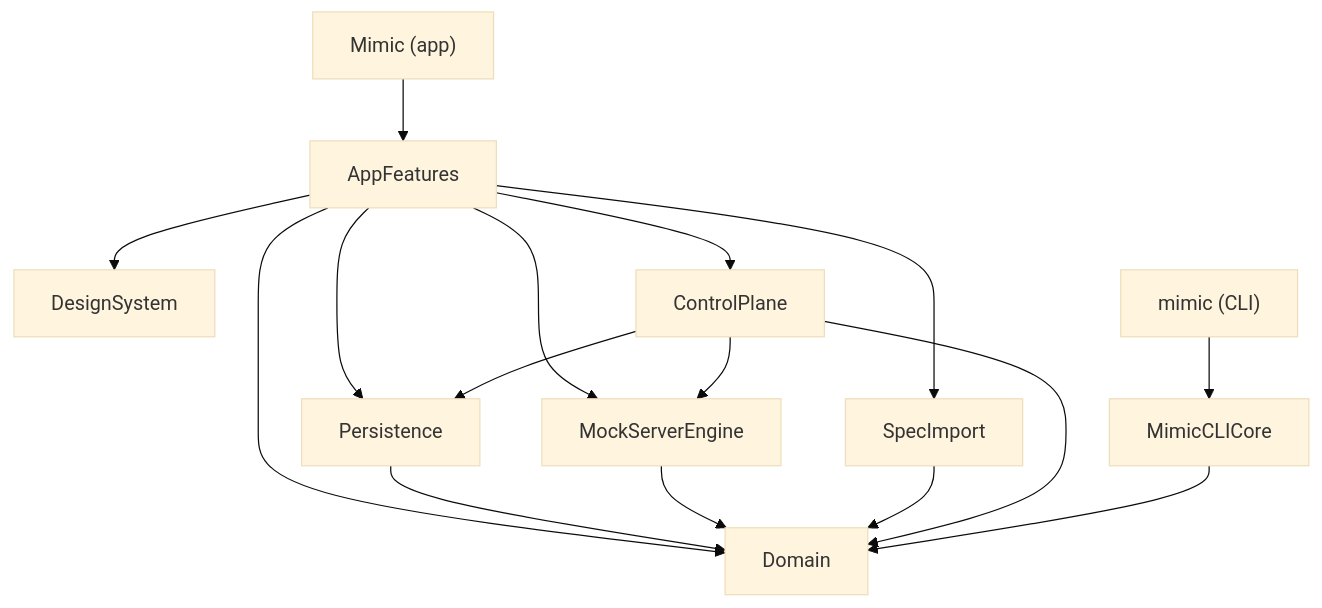
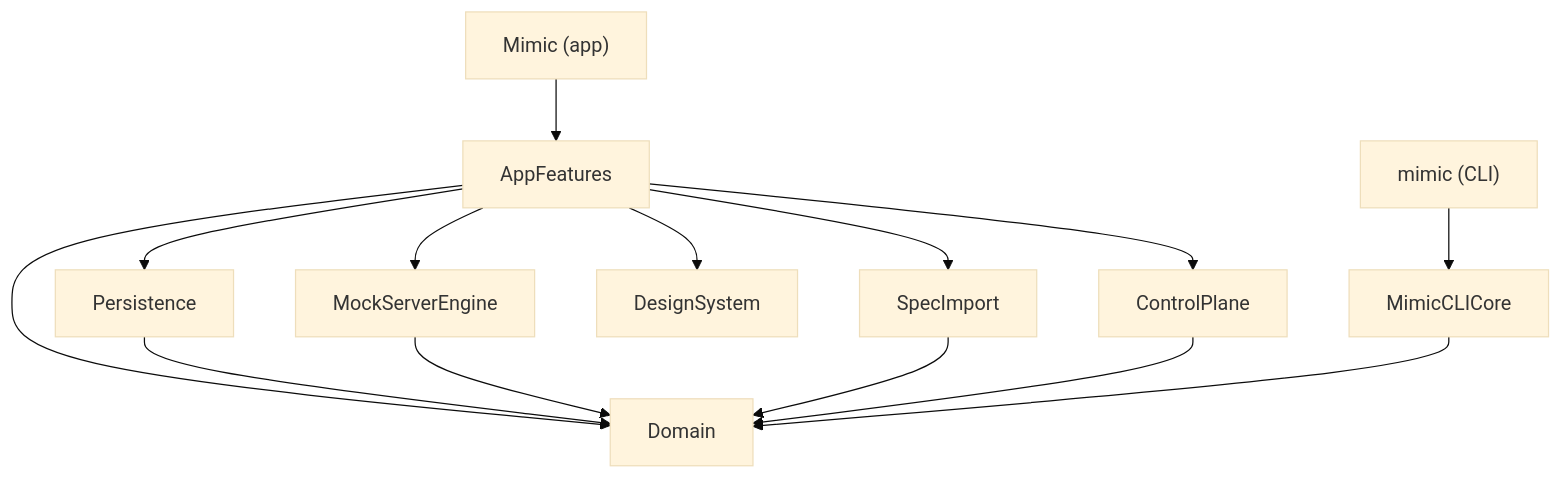
The diagram in README.md (srpadrono/mimic), drawn with Mermaid (base theme) before and after one commit. The commit also changed other lines of this file and 3 other files, not shown here.

First line of the commit message:
The deletion sweep missed the diagrams

````diff
--- a/README.md
+++ b/README.md
@@ -198,18 +198,16 @@
 ```mermaid
 flowchart TB
     A["Mimic (app)"] --> B["AppFeatures"]
     B --> C["Domain"]
     B --> D["Persistence"]
     B --> E["MockServerEngine"]
     B --> F["SpecImport"]
     B --> G["DesignSystem"]
     B --> H["ControlPlane"]
     D --> C
     E --> C
     F --> C
     H --> C
-    H --> D
-    H --> E
     I["mimic (CLI)"] --> J["MimicCLICore"]
     J --> C
 ```
````
